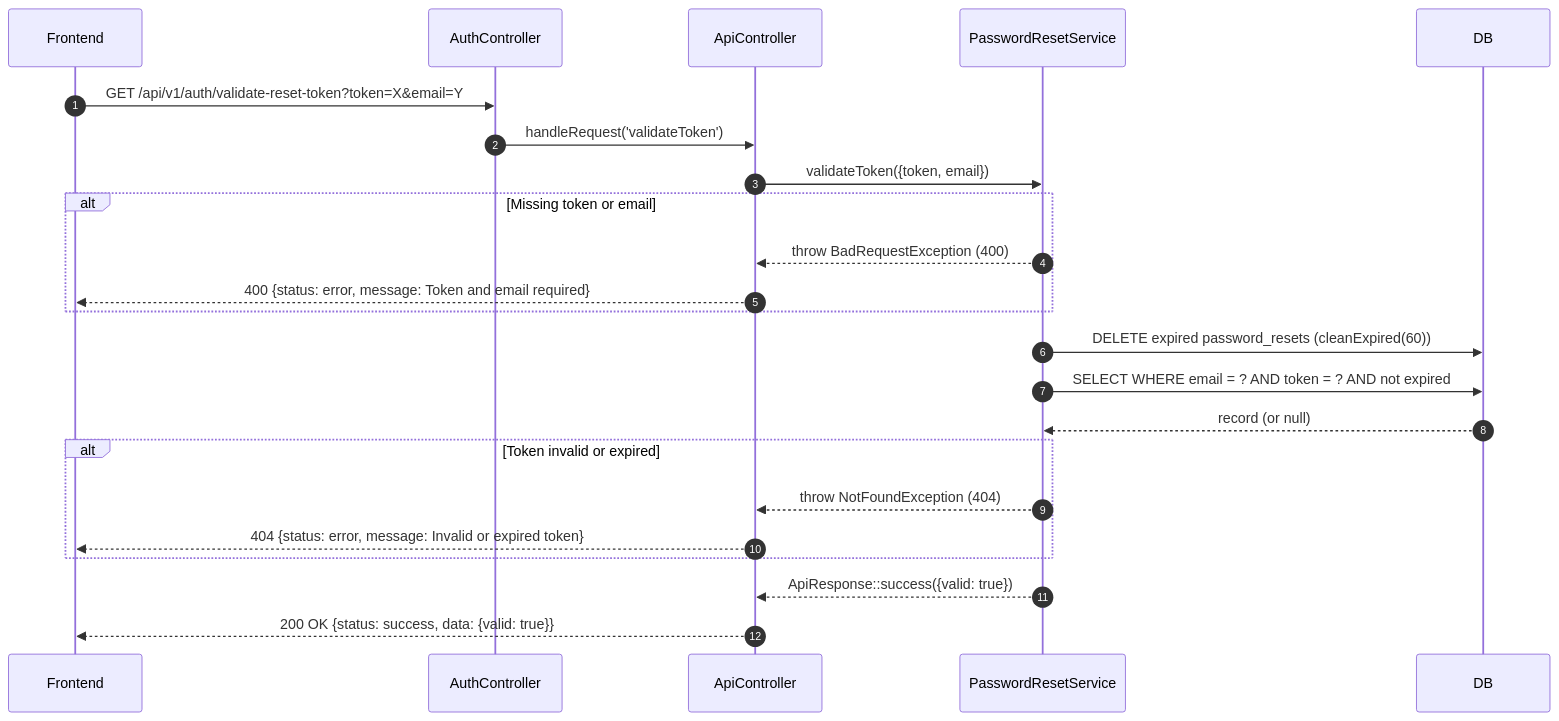
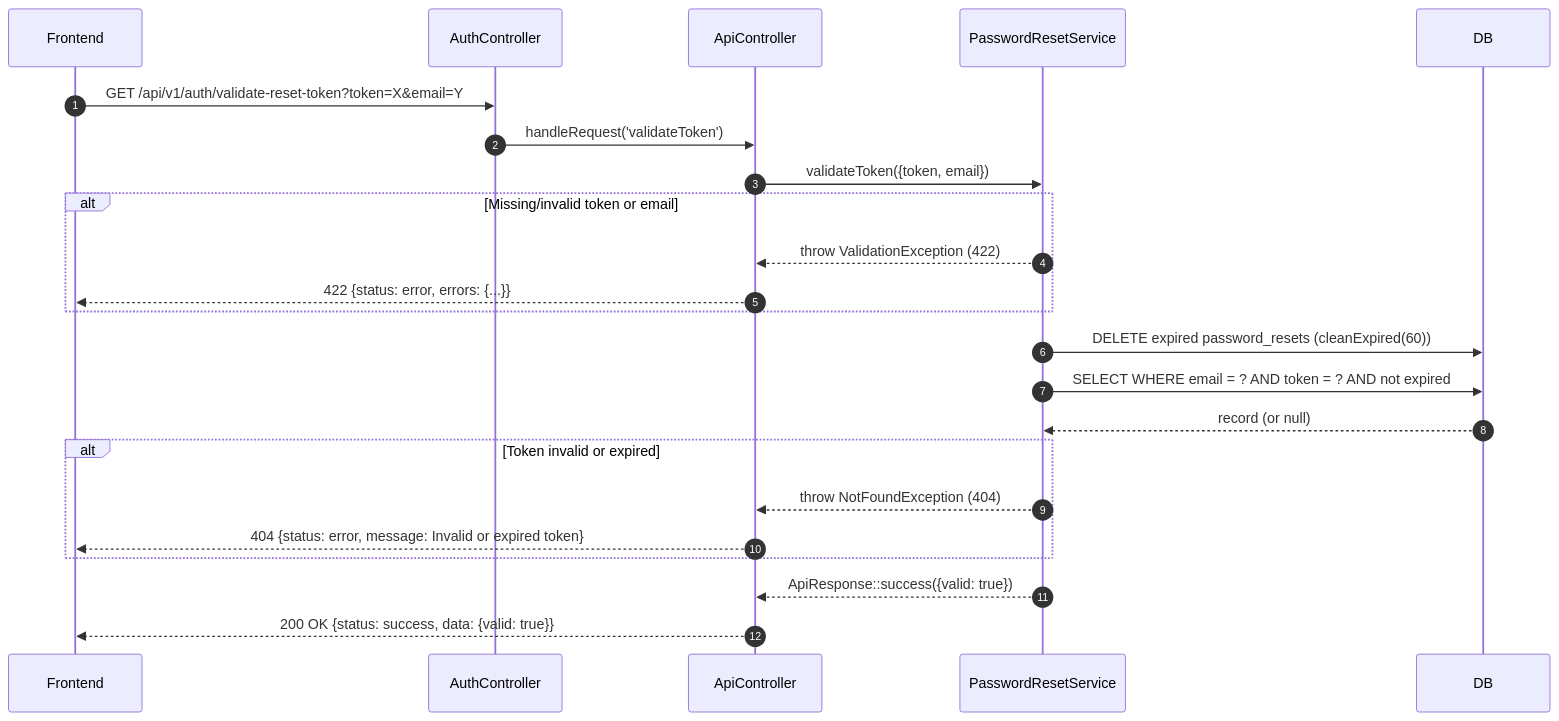
Before and after one commit to dcardenasl/ci4-api-starter: the second of 3 diagrams in docs/flows/PASSWORD-RESET-FLOW.md, drawn with Mermaid. The commit also changed other lines of this file and 7 other files, not shown here.

````diff
--- a/docs/flows/PASSWORD-RESET-FLOW.md
+++ b/docs/flows/PASSWORD-RESET-FLOW.md
@@ -93,30 +93,30 @@
 ```mermaid
 sequenceDiagram
     autonumber
     participant Frontend
     participant Controller as AuthController
     participant ApiCtrl as ApiController
     participant PwdSvc as PasswordResetService
     participant DB
 
     Frontend->>Controller: GET /api/v1/auth/validate-reset-token?token=X&email=Y
     Controller->>ApiCtrl: handleRequest('validateToken')
     ApiCtrl->>PwdSvc: validateToken({token, email})
 
-    alt Missing token or email
-        PwdSvc-->>ApiCtrl: throw BadRequestException (400)
-        ApiCtrl-->>Frontend: 400 {status: error, message: Token and email required}
+    alt Missing/invalid token or email
+        PwdSvc-->>ApiCtrl: throw ValidationException (422)
+        ApiCtrl-->>Frontend: 422 {status: error, errors: {...}}
     end
 
     PwdSvc->>DB: DELETE expired password_resets (cleanExpired(60))
     PwdSvc->>DB: SELECT WHERE email = ? AND token = ? AND not expired
     DB-->>PwdSvc: record (or null)
 
     alt Token invalid or expired
         PwdSvc-->>ApiCtrl: throw NotFoundException (404)
         ApiCtrl-->>Frontend: 404 {status: error, message: Invalid or expired token}
     end
 
     PwdSvc-->>ApiCtrl: ApiResponse::success({valid: true})
     ApiCtrl-->>Frontend: 200 OK {status: success, data: {valid: true}}
 ```
````
